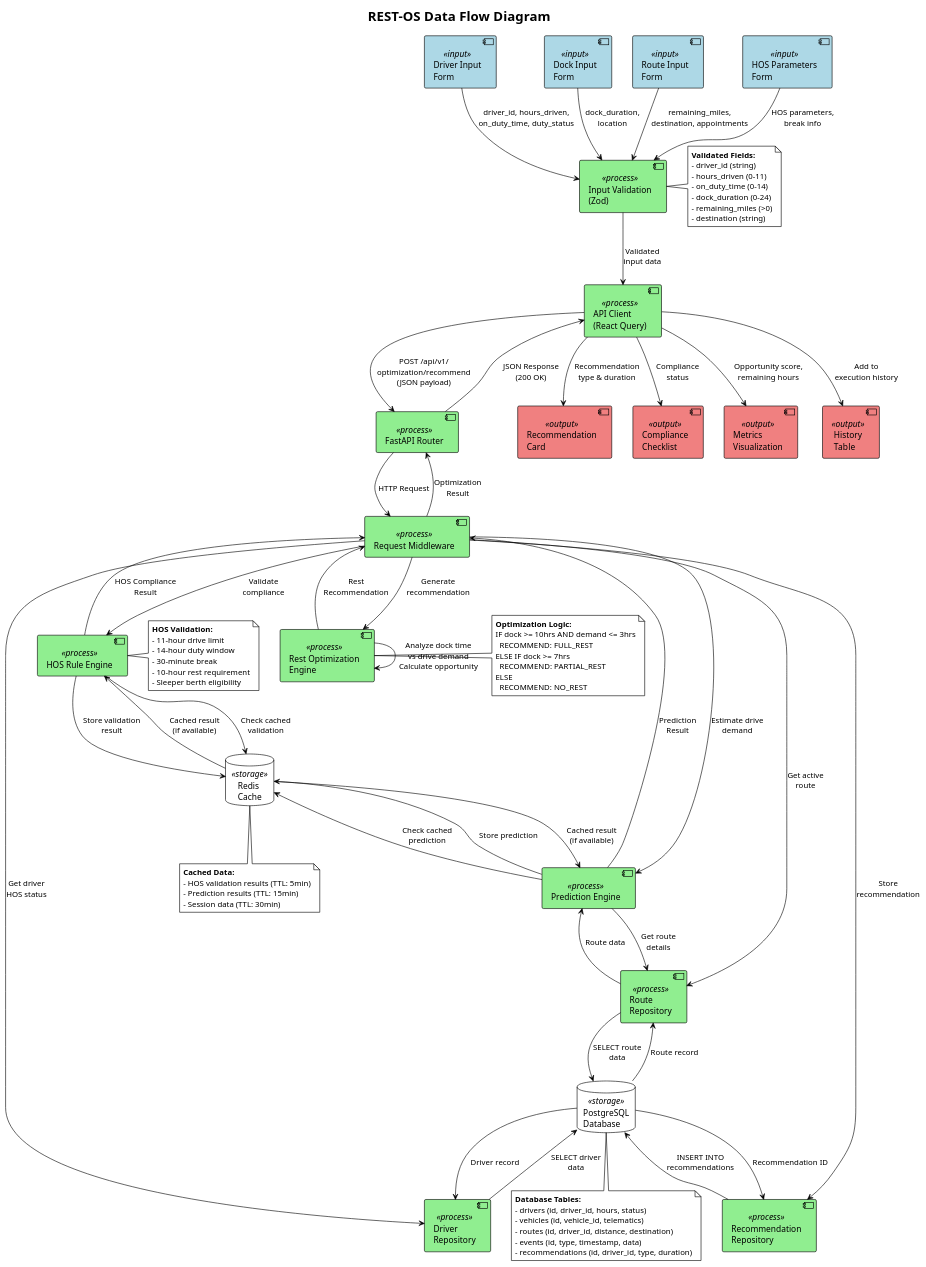
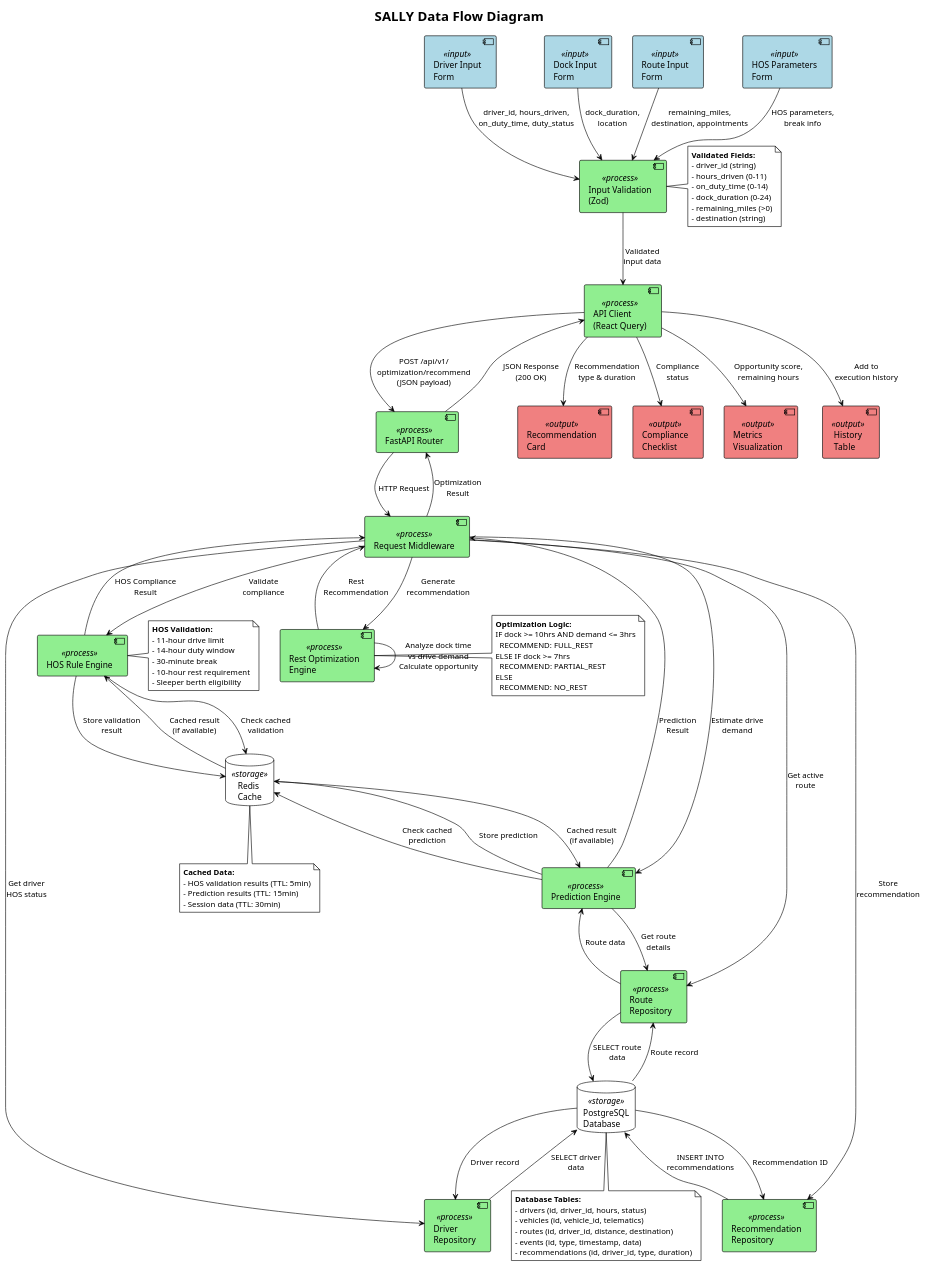
The diagram in .docs/architecture/data-flow-diagram.puml (app-shore/sally), drawn with PlantUML before and after one commit. The commit also changed 38 other files, not shown here.

```diff
--- a/.docs/architecture/data-flow-diagram.puml
+++ b/.docs/architecture/data-flow-diagram.puml
@@ -1,138 +1,138 @@
 @startuml Data_Flow_Diagram
 !theme plain
 
-title REST-OS Data Flow Diagram
+title SALLY Data Flow Diagram
 
 skinparam component {
     BackgroundColor<<input>> LightBlue
     BackgroundColor<<process>> LightGreen
     BackgroundColor<<storage>> LightYellow
     BackgroundColor<<output>> LightCoral
 }
 
 component "Driver Input\nForm" as driver_input <<input>>
 component "Dock Input\nForm" as dock_input <<input>>
 component "Route Input\nForm" as route_input <<input>>
 component "HOS Parameters\nForm" as hos_input <<input>>
 
 component "Input Validation\n(Zod)" as validation <<process>>
 component "API Client\n(React Query)" as api_client <<process>>
 
 component "FastAPI Router" as router <<process>>
 component "Request Middleware" as middleware <<process>>
 
 component "HOS Rule Engine" as hos_engine <<process>>
 component "Prediction Engine" as pred_engine <<process>>
 component "Rest Optimization\nEngine" as opt_engine <<process>>
 
 database "PostgreSQL\nDatabase" as db <<storage>>
 database "Redis\nCache" as cache <<storage>>
 
 component "Recommendation\nRepository" as rec_repo <<process>>
 component "Driver\nRepository" as driver_repo <<process>>
 component "Route\nRepository" as route_repo <<process>>
 
 component "Recommendation\nCard" as rec_card <<output>>
 component "Compliance\nChecklist" as compliance <<output>>
 component "Metrics\nVisualization" as metrics <<output>>
 component "History\nTable" as history <<output>>
 
 ' Input Flow
 driver_input --> validation : driver_id, hours_driven,\non_duty_time, duty_status
 dock_input --> validation : dock_duration,\nlocation
 route_input --> validation : remaining_miles,\ndestination, appointments
 hos_input --> validation : HOS parameters,\nbreak info
 
 validation --> api_client : Validated\ninput data
 
 api_client --> router : POST /api/v1/\noptimization/recommend\n(JSON payload)
 
 router --> middleware : HTTP Request
 
 ' Processing Flow
 middleware --> driver_repo : Get driver\nHOS status
 driver_repo --> db : SELECT driver\ndata
 db --> driver_repo : Driver record
 
 middleware --> route_repo : Get active\nroute
 route_repo --> db : SELECT route\ndata
 db --> route_repo : Route record
 
 middleware --> hos_engine : Validate\ncompliance
 hos_engine --> cache : Check cached\nvalidation
 cache --> hos_engine : Cached result\n(if available)
 hos_engine --> cache : Store validation\nresult
 hos_engine --> middleware : HOS Compliance\nResult
 
 middleware --> pred_engine : Estimate drive\ndemand
 pred_engine --> route_repo : Get route\ndetails
 route_repo --> pred_engine : Route data
 pred_engine --> cache : Check cached\nprediction
 cache --> pred_engine : Cached result\n(if available)
 pred_engine --> cache : Store prediction
 pred_engine --> middleware : Prediction\nResult
 
 middleware --> opt_engine : Generate\nrecommendation
 opt_engine --> opt_engine : Analyze dock time\nvs drive demand\nCalculate opportunity
 opt_engine --> middleware : Rest\nRecommendation
 
 middleware --> rec_repo : Store\nrecommendation
 rec_repo --> db : INSERT INTO\nrecommendations
 db --> rec_repo : Recommendation ID
 
 ' Output Flow
 middleware --> router : Optimization\nResult
 router --> api_client : JSON Response\n(200 OK)
 
 api_client --> rec_card : Recommendation\ntype & duration
 api_client --> compliance : Compliance\nstatus
 api_client --> metrics : Opportunity score,\nremaining hours
 api_client --> history : Add to\nexecution history
 
 ' Data Labels
 note right of validation
   **Validated Fields:**
   - driver_id (string)
   - hours_driven (0-11)
   - on_duty_time (0-14)
   - dock_duration (0-24)
   - remaining_miles (>0)
   - destination (string)
 end note
 
 note right of hos_engine
   **HOS Validation:**
   - 11-hour drive limit
   - 14-hour duty window
   - 30-minute break
   - 10-hour rest requirement
   - Sleeper berth eligibility
 end note
 
 note right of opt_engine
   **Optimization Logic:**
   IF dock >= 10hrs AND demand <= 3hrs
     RECOMMEND: FULL_REST
   ELSE IF dock >= 7hrs
     RECOMMEND: PARTIAL_REST
   ELSE
     RECOMMEND: NO_REST
 end note
 
 note bottom of db
   **Database Tables:**
   - drivers (id, driver_id, hours, status)
   - vehicles (id, vehicle_id, telematics)
   - routes (id, driver_id, distance, destination)
   - events (id, type, timestamp, data)
   - recommendations (id, driver_id, type, duration)
 end note
 
 note bottom of cache
   **Cached Data:**
   - HOS validation results (TTL: 5min)
   - Prediction results (TTL: 15min)
   - Session data (TTL: 30min)
 end note
 
 @enduml
```
